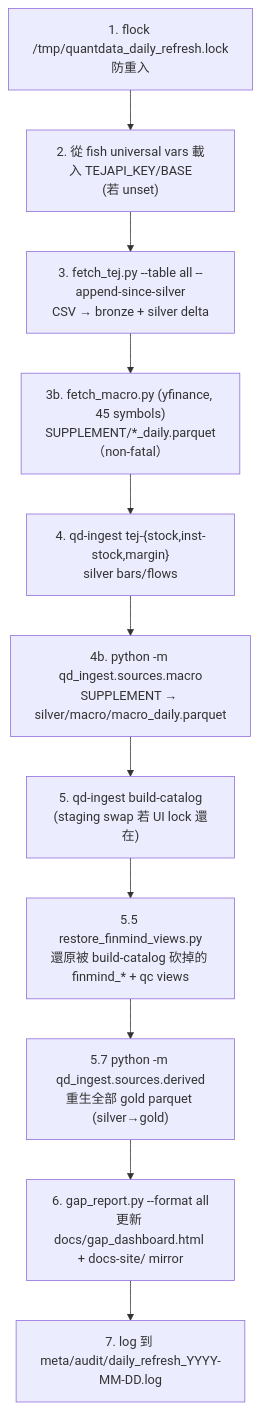
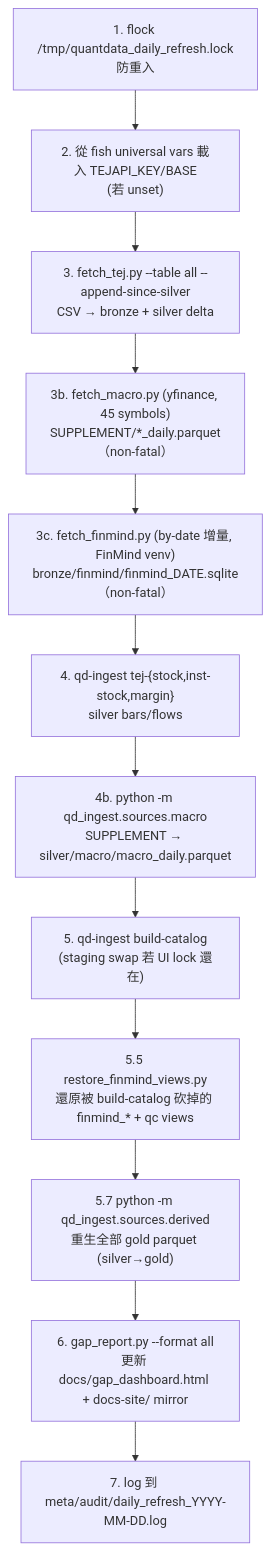
One commit to gsinvest017-ai/gs-scraper changed the diagram in docs-site/ops/daily-refresh.md. Above: the diagram before and after it, drawn with Mermaid. The commit also changed other lines of this file and 2 other files, not shown here.

First line of the commit message:
M3: wire fetch_finmind into daily_refresh.sh (step 1.7) + docs

````diff
--- a/docs-site/ops/daily-refresh.md
+++ b/docs-site/ops/daily-refresh.md
@@ -15,16 +15,17 @@
 ```mermaid
 flowchart TB
     L1["1. flock /tmp/quantdata_daily_refresh.lock<br/>防重入"]
     L2["2. 從 fish universal vars 載入 TEJAPI_KEY/BASE<br/>(若 unset)"]
     L3["3. fetch_tej.py --table all --append-since-silver<br/>CSV → bronze + silver delta"]
     L35["3b. fetch_macro.py (yfinance, 45 symbols)<br/>SUPPLEMENT/*_daily.parquet（non-fatal）"]
+    L37["3c. fetch_finmind.py (by-date 增量, FinMind venv)<br/>bronze/finmind/finmind_DATE.sqlite（non-fatal）"]
     L4["4. qd-ingest tej-{stock,inst-stock,margin}<br/>silver bars/flows"]
     L45["4b. python -m qd_ingest.sources.macro<br/>SUPPLEMENT → silver/macro/macro_daily.parquet"]
     L5["5. qd-ingest build-catalog<br/>(staging swap 若 UI lock 還在)"]
     L55["5.5 restore_finmind_views.py<br/>還原被 build-catalog 砍掉的 finmind_* + qc views"]
     L57["5.7 python -m qd_ingest.sources.derived<br/>重生全部 gold parquet (silver→gold)"]
     L6["6. gap_report.py --format all<br/>更新 docs/gap_dashboard.html + docs-site/ mirror"]
     L7["7. log 到 meta/audit/daily_refresh_YYYY-MM-DD.log"]
 
-    L1 --> L2 --> L3 --> L35 --> L4 --> L45 --> L5 --> L55 --> L57 --> L6 --> L7
+    L1 --> L2 --> L3 --> L35 --> L37 --> L4 --> L45 --> L5 --> L55 --> L57 --> L6 --> L7
 ```
````
